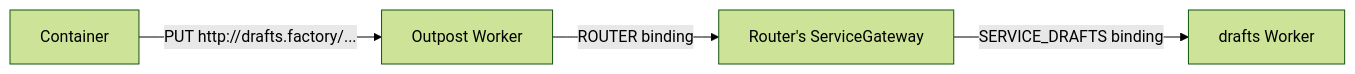
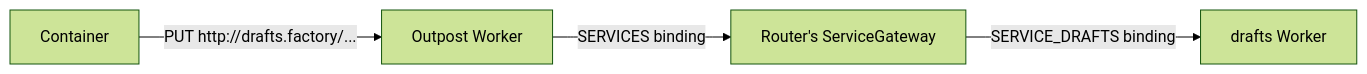
Before and after one commit to notationlabs/factory: the diagram in docs/authoring/services.md, drawn with Mermaid (forest theme). The commit also changed other lines of this file and 7 other files, not shown here.

Commit message:
The outpost binds the router's ServiceGateway as SERVICES, Router.service takes a PrivateWorker, and Service is a ResourceGroup interface

````diff
--- a/docs/authoring/services.md
+++ b/docs/authoring/services.md
@@ -82,6 +82,6 @@
 ```mermaid [A request to drafts.factory]
 flowchart LR
   C["Container"] -->|"PUT http://drafts.factory/..."| O["Outpost Worker"]
-  O -->|"ROUTER binding"| R["Router's ServiceGateway"]
+  O -->|"SERVICES binding"| R["Router's ServiceGateway"]
   R -->|"SERVICE_DRAFTS binding"| S["drafts Worker"]
 ```
````
